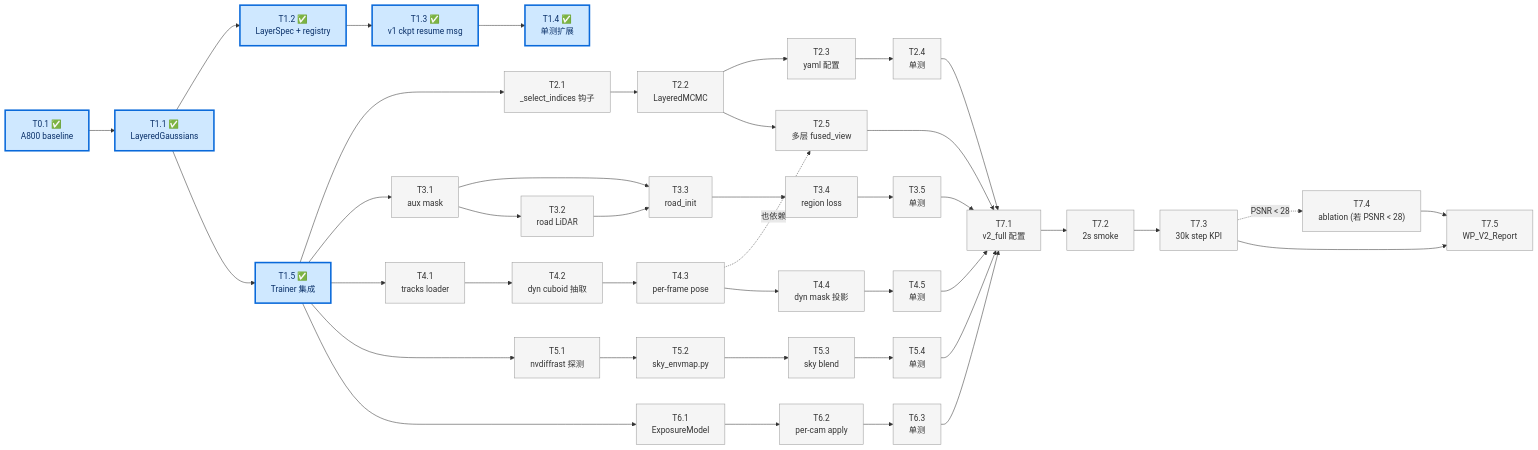
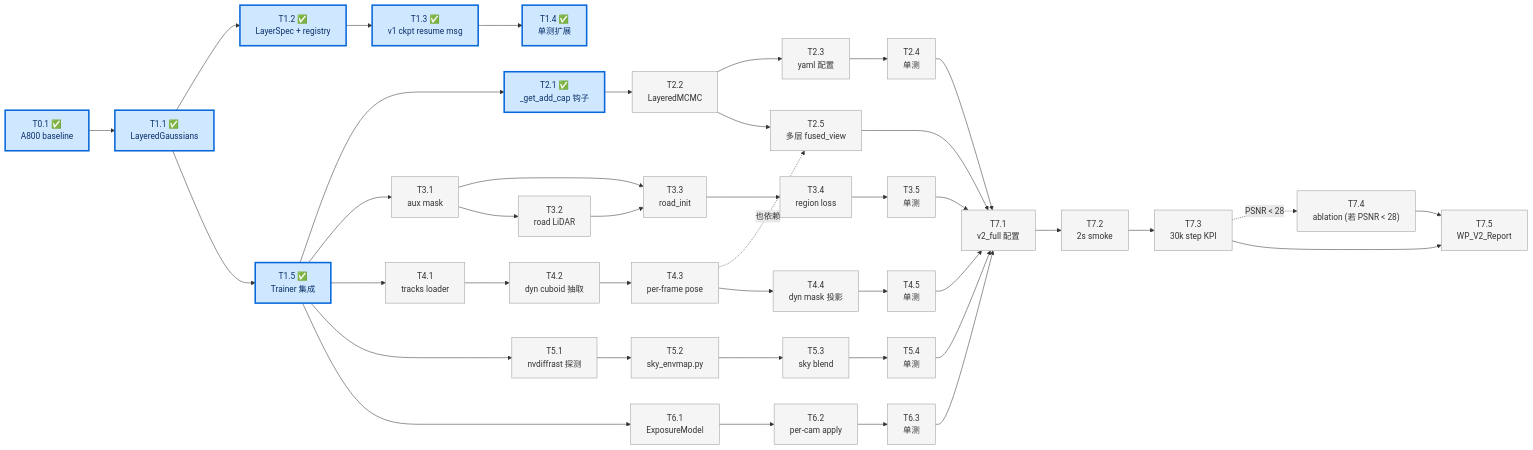
The second of 3 diagrams in v2_plan.md (etendue/3dgrut), drawn with Mermaid before and after one commit. The commit also changed other lines of this file and 1 other file, not shown here.

First line of the commit message:
docs(plan,arch): mark T2.1 done in v2_plan.md kanban + Done Log

```diff
--- a/v2_plan.md
+++ b/v2_plan.md
@@ -156,7 +156,7 @@
     T15["T1.5 ✅<br/>Trainer 集成"]:::done
 
     %% Stage 2
-    T21["T2.1<br/>_select_indices 钩子"]:::todo
+    T21["T2.1 ✅<br/>_get_add_cap 钩子"]:::done
     T22["T2.2<br/>LayeredMCMC"]:::todo
     T23["T2.3<br/>yaml 配置"]:::todo
     T24["T2.4<br/>单测"]:::todo
```
